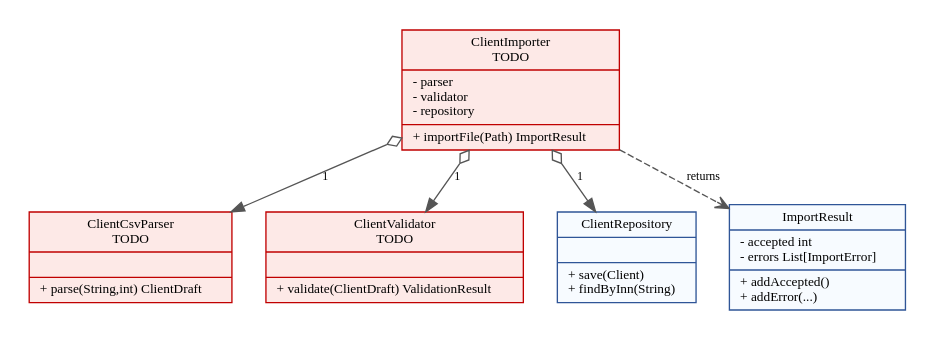
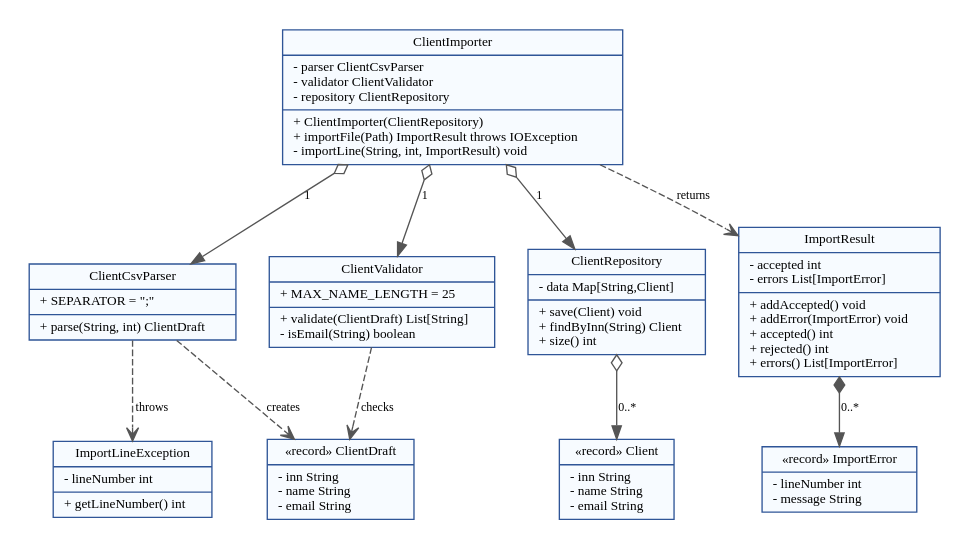
One commit to svpeditor/pr11-klimashevskiy-da changed the diagram in diagrams/class.dot. Above: the diagram before and after it, drawn with Graphviz. The commit also changed 3 other files, not shown here.

Commit message:
Итоговые activity-диаграмма и диаграмма классов

```diff
--- a/diagrams/class.dot
+++ b/diagrams/class.dot
@@ -1,14 +1,23 @@
 digraph C {
-graph [rankdir=TB, bgcolor="white", pad=0.2, nodesep=0.35, ranksep=0.4];
+graph [rankdir=TB, bgcolor="white", pad=0.2, nodesep=0.35, ranksep=0.5];
 node [shape=record, style="filled", fontname="Times New Roman", fontsize=10, color="#2F5597", fillcolor="#F7FBFF"];
 edge [fontname="Times New Roman", fontsize=9, color="#555555"];
-p [label="{ClientCsvParser\nTODO||+ parse(String,int) ClientDraft\l}", fillcolor="#FDE9E7", color="#C00000"];
-v [label="{ClientValidator\nTODO||+ validate(ClientDraft) ValidationResult\l}", fillcolor="#FDE9E7", color="#C00000"];
-i [label="{ClientImporter\nTODO|- parser\l- validator\l- repository\l|+ importFile(Path) ImportResult\l}", fillcolor="#FDE9E7", color="#C00000"];
-r [label="{ClientRepository||+ save(Client)\l+ findByInn(String)\l}", fillcolor="#F7FBFF", color="#2F5597"];
-res [label="{ImportResult|- accepted int\l- errors List[ImportError]\l|+ addAccepted()\l+ addError(...)\l}", fillcolor="#F7FBFF", color="#2F5597"];
+i [label="{ClientImporter|- parser ClientCsvParser\l- validator ClientValidator\l- repository ClientRepository\l|+ ClientImporter(ClientRepository)\l+ importFile(Path) ImportResult throws IOException\l- importLine(String, int, ImportResult) void\l}"];
+p [label="{ClientCsvParser|+ SEPARATOR = \";\"\l|+ parse(String, int) ClientDraft\l}"];
+v [label="{ClientValidator|+ MAX_NAME_LENGTH = 25\l|+ validate(ClientDraft) List[String]\l- isEmail(String) boolean\l}"];
+r [label="{ClientRepository|- data Map[String,Client]\l|+ save(Client) void\l+ findByInn(String) Client\l+ size() int\l}"];
+res [label="{ImportResult|- accepted int\l- errors List[ImportError]\l|+ addAccepted() void\l+ addError(ImportError) void\l+ accepted() int\l+ rejected() int\l+ errors() List[ImportError]\l}"];
+err [label="{«record» ImportError|- lineNumber int\l- message String\l}"];
+lex [label="{ImportLineException|- lineNumber int\l|+ getLineNumber() int\l}"];
+d [label="{«record» ClientDraft|- inn String\l- name String\l- email String\l}"];
+c [label="{«record» Client|- inn String\l- name String\l- email String\l}"];
 i -> p [label="1",arrowtail=odiamond,dir=both];
 i -> v [label="1",arrowtail=odiamond,dir=both];
 i -> r [label="1",arrowtail=odiamond,dir=both];
 i -> res [label="returns",style=dashed,arrowhead=open];
+res -> err [label="0..*",arrowtail=diamond,dir=both];
+p -> d [label="creates",style=dashed,arrowhead=open];
+p -> lex [label="throws",style=dashed,arrowhead=open];
+v -> d [label="checks",style=dashed,arrowhead=open];
+r -> c [label="0..*",arrowtail=odiamond,dir=both];
 }
```
